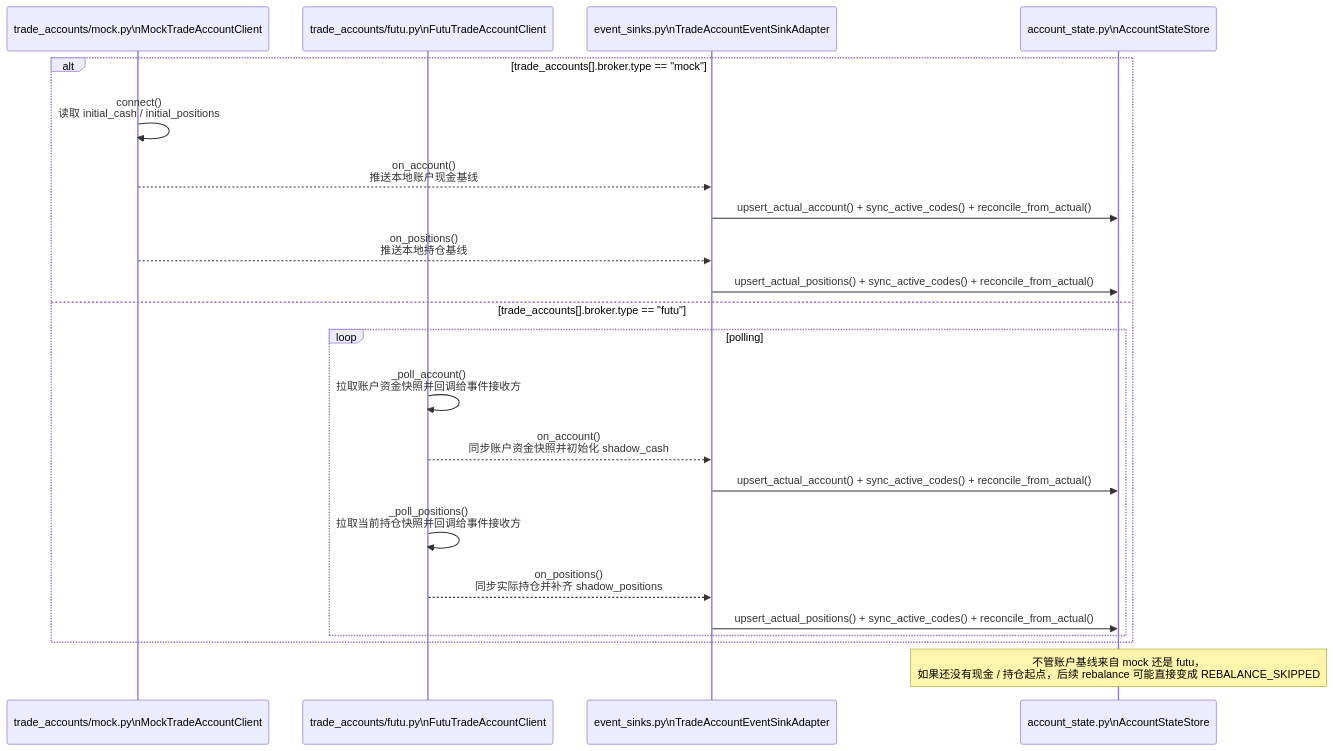
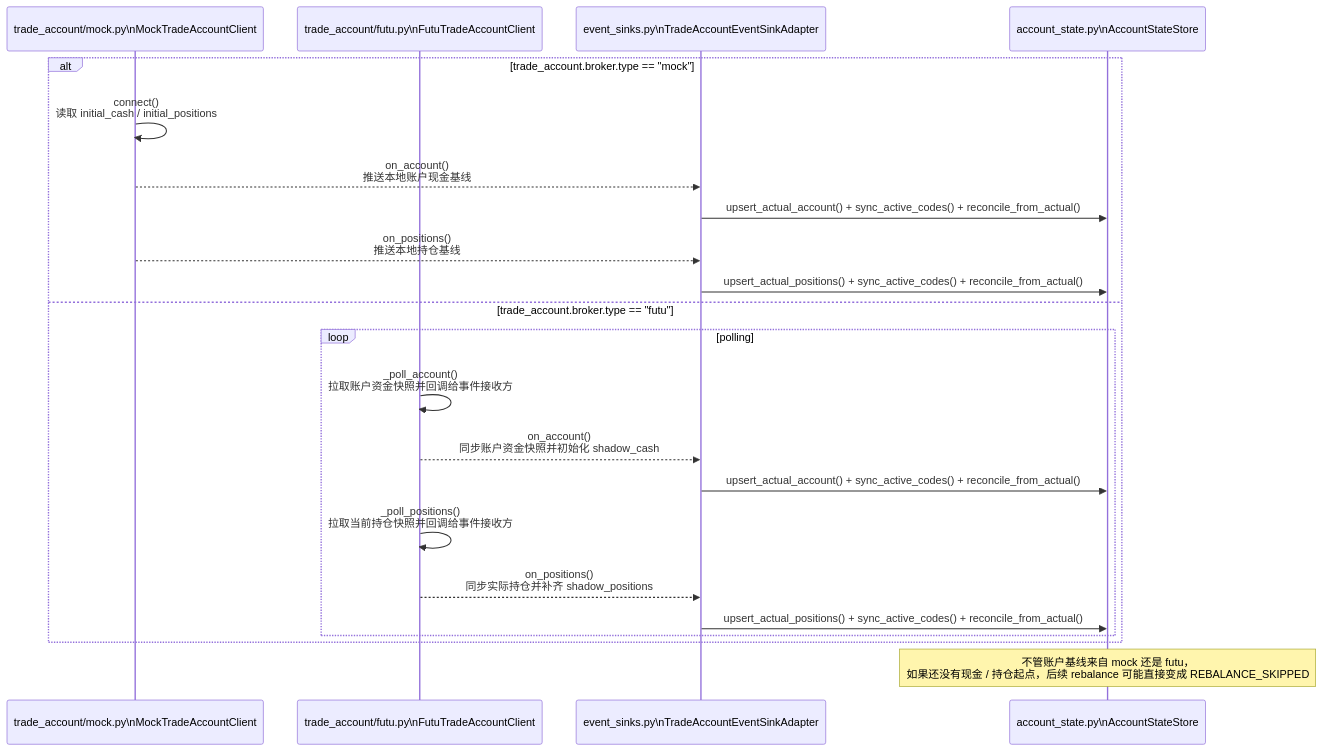
One commit to hangchow/backtest changed the third of 7 diagrams in docs/README_livetrading_sequence.md. Above: the diagram before and after it, drawn with Mermaid. The commit also changed other lines of this file and 35 other files, not shown here.

````diff
--- a/docs/README_livetrading_sequence.md
+++ b/docs/README_livetrading_sequence.md
@@ -185,27 +185,27 @@
 ```mermaid
 sequenceDiagram
-    participant TM as trade_accounts/mock.py\nMockTradeAccountClient
-    participant TB as trade_accounts/futu.py\nFutuTradeAccountClient
+    participant TM as trade_account/mock.py\nMockTradeAccountClient
+    participant TB as trade_account/futu.py\nFutuTradeAccountClient
     participant TS as event_sinks.py\nTradeAccountEventSinkAdapter
     participant STORE as account_state.py\nAccountStateStore
 
-    alt trade_accounts[].broker.type == "mock"
+    alt trade_account.broker.type == "mock"
         TM->>TM: connect()<br/>读取 initial_cash / initial_positions
         TM-->>TS: on_account()<br/>推送本地账户现金基线
         TS->>STORE: upsert_actual_account() + sync_active_codes() + reconcile_from_actual()
         TM-->>TS: on_positions()<br/>推送本地持仓基线
         TS->>STORE: upsert_actual_positions() + sync_active_codes() + reconcile_from_actual()
-    else trade_accounts[].broker.type == "futu"
+    else trade_account.broker.type == "futu"
         loop polling
             TB->>TB: _poll_account()<br/>拉取账户资金快照并回调给事件接收方
             TB-->>TS: on_account()<br/>同步账户资金快照并初始化 shadow_cash
             TS->>STORE: upsert_actual_account() + sync_active_codes() + reconcile_from_actual()
 
             TB->>TB: _poll_positions()<br/>拉取当前持仓快照并回调给事件接收方
             TB-->>TS: on_positions()<br/>同步实际持仓并补齐 shadow_positions
             TS->>STORE: upsert_actual_positions() + sync_active_codes() + reconcile_from_actual()
         end
     end
 
     Note over STORE: 不管账户基线来自 mock 还是 futu，<br/>如果还没有现金 / 持仓起点，后续 rebalance 可能直接变成 REBALANCE_SKIPPED
 ```
````
